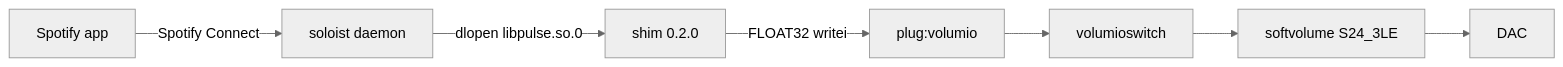
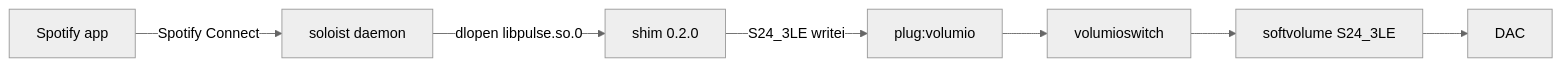
The first of 4 diagrams in README.md (foonerd/alsa_soloist_connect), drawn with Mermaid (neutral theme) before and after one commit. The commit also changed other lines of this file and 10 other files, not shown here.

First line of the commit message:
feat(shim): convert to device format before writei

````diff
--- a/README.md
+++ b/README.md
@@ -32,9 +32,9 @@
 ```mermaid
 flowchart LR
     SpotifyApp["Spotify app"] -->|"Spotify Connect"| Soloist["soloist daemon"]
     Soloist -->|"dlopen libpulse.so.0"| Shim["shim 0.2.0"]
-    Shim -->|"FLOAT32 writei"| Plug["plug:volumio"]
+    Shim -->|"S24_3LE writei"| Plug["plug:volumio"]
     Plug --> Switch["volumioswitch"]
     Switch --> Soft["softvolume S24_3LE"]
     Soft --> Dac["DAC"]
 ```
````
